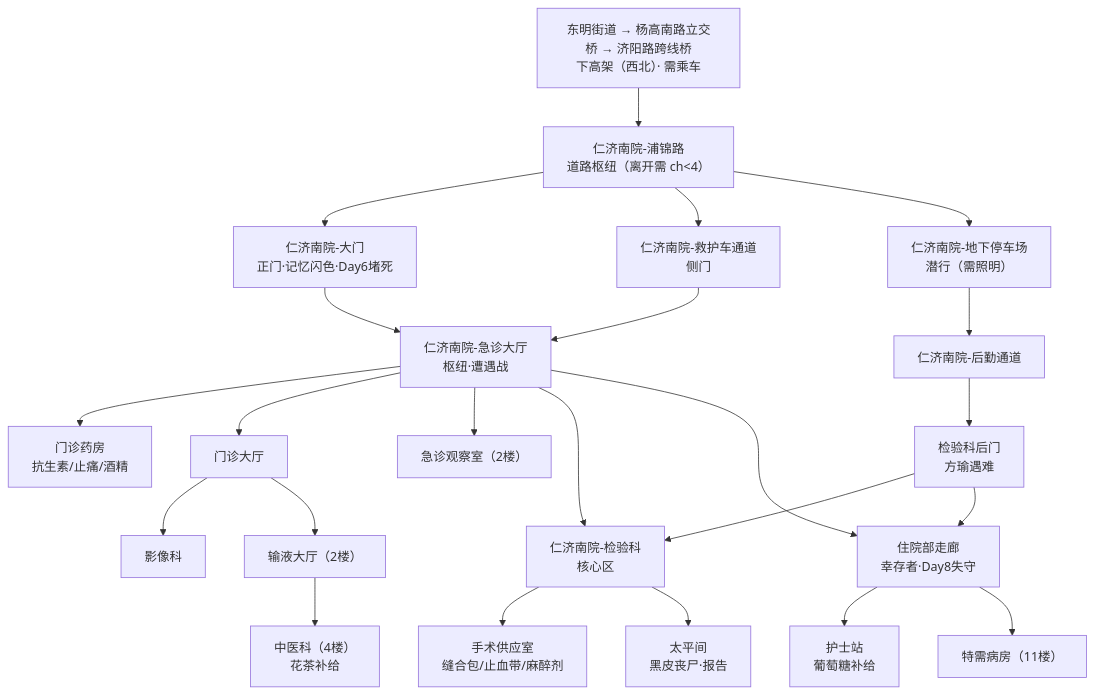
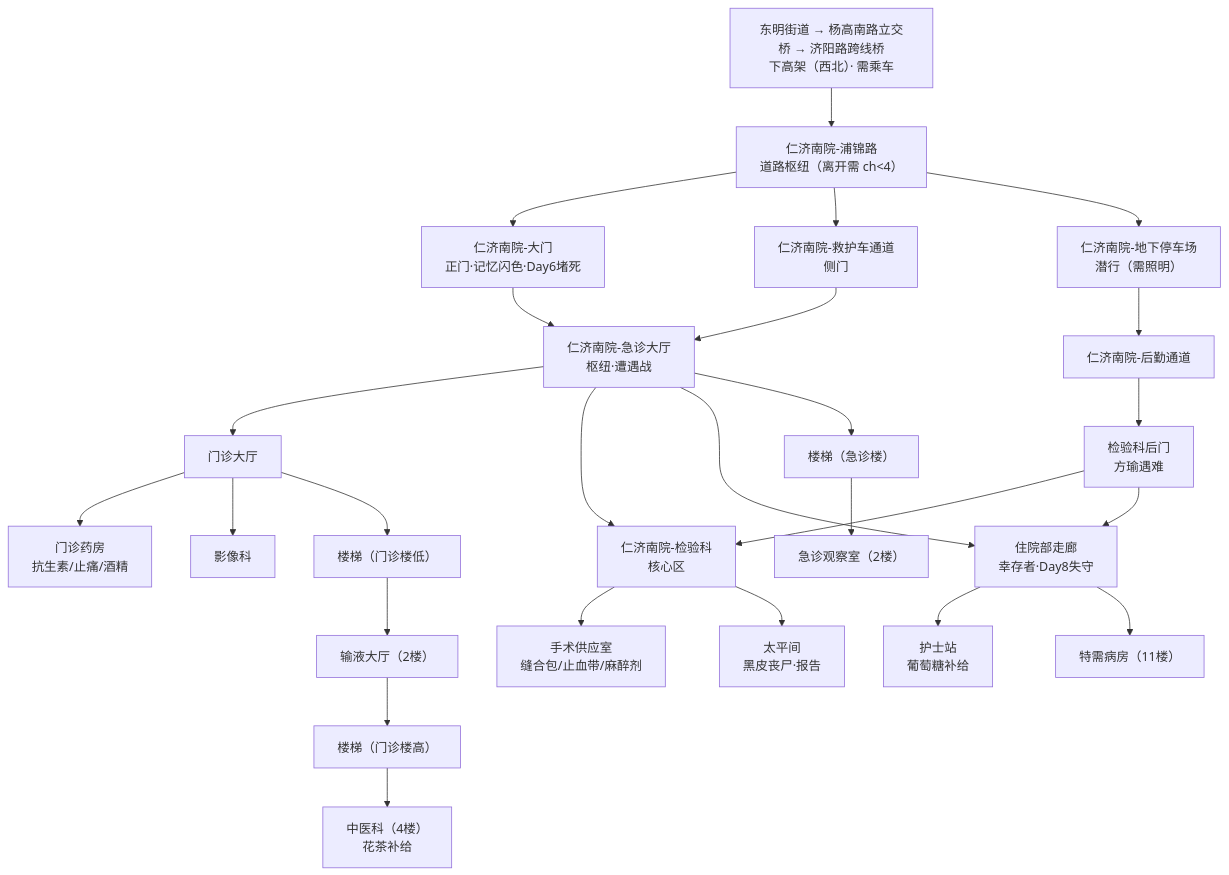
One commit to bobomymz/Plot-Game changed the diagram in 仁济南院设计稿.md. Above: the diagram before and after it, drawn with Mermaid. The commit also changed other lines of this file and 2 other files, not shown here.

Commit message:
auto: 2026-08-23 09:00

````diff
--- a/仁济南院设计稿.md
+++ b/仁济南院设计稿.md
@@ -109,32 +111,35 @@
 ```mermaid
 flowchart TD
     START["东明街道 → 杨高南路立交桥 → 济阳路跨线桥<br/>下高架（西北）· 需乘车"] --> RIVER["仁济南院-浦锦路<br/>道路枢纽（离开需 ch<4）"]
 
     RIVER --> MAIN["仁济南院-大门<br/>正门·记忆闪色·Day6堵死"]
     RIVER --> AMB["仁济南院-救护车通道<br/>侧门"]
     RIVER --> PARK["仁济南院-地下停车场<br/>潜行（需照明）"]
 
     MAIN --> ER["仁济南院-急诊大厅<br/>枢纽·遭遇战"]
     AMB --> ER
     PARK --> CORRIDOR["仁济南院-后勤通道"]
 
-    ER --> PHARMACY["门诊药房<br/>抗生素/止痛/酒精"]
     ER --> HALL["门诊大厅"]
-    ER --> OBS["急诊观察室（2楼）"]
     ER --> LAB["仁济南院-检验科<br/>核心区"]
     ER --> WARD["住院部走廊<br/>幸存者·Day8失守"]
+    ER --> STAIR1["楼梯（急诊楼）"]
+    STAIR1 --> OBS["急诊观察室（2楼）"]
 
+    HALL --> PHARMACY["门诊药房<br/>抗生素/止痛/酒精"]
     HALL --> RADIO["影像科"]
-    HALL --> INFUSION["输液大厅（2楼）"]
-    INFUSION --> TCM["中医科（4楼）<br/>花茶补给"]
+    HALL --> STAIR2["楼梯（门诊楼低）"]
+    STAIR2 --> INFUSION["输液大厅（2楼）"]
+    INFUSION --> STAIR3["楼梯（门诊楼高）"]
+    STAIR3 --> TCM["中医科（4楼）<br/>花茶补给"]
 
     WARD --> NURSE["护士站<br/>葡萄糖补给"]
     WARD --> VIP["特需病房（11楼）"]
 
     LAB --> SUPPLY["手术供应室<br/>缝合包/止血带/麻醉剂"]
     LAB --> MORGUE["太平间<br/>黑皮丧尸·报告"]
 
     CORRIDOR --> BACK["检验科后门<br/>方瑜遇难"]
     BACK --> LAB
     BACK --> WARD
 ```
````
